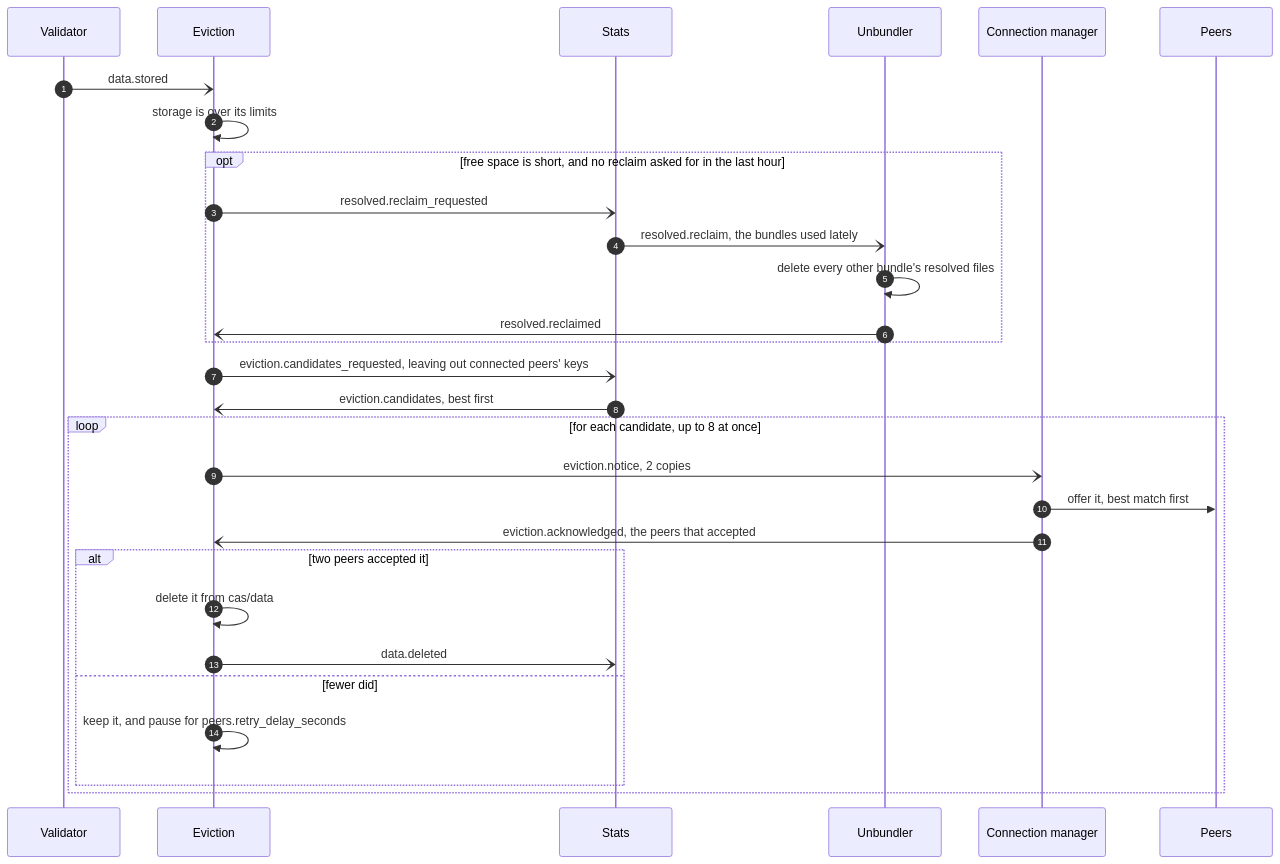
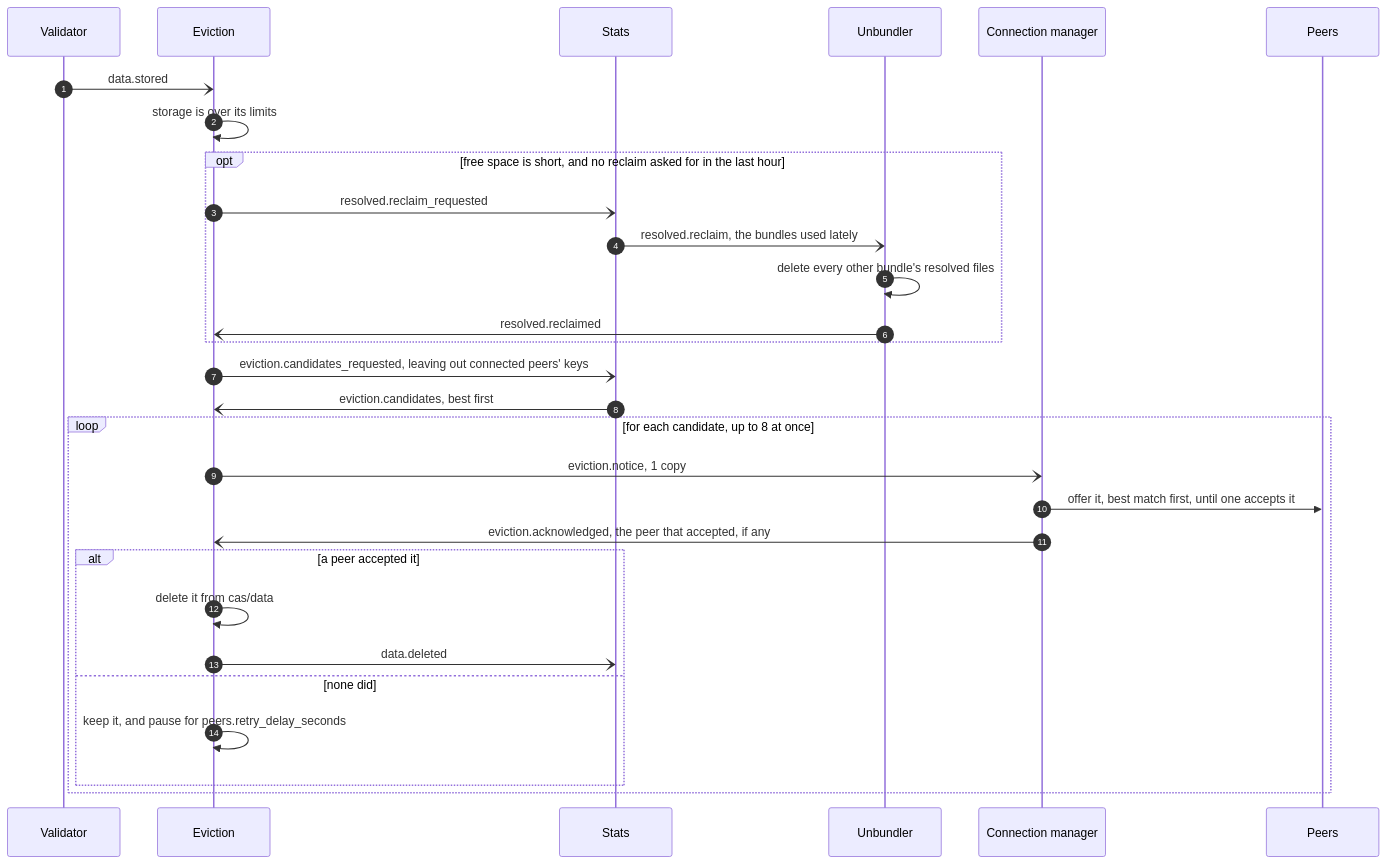
Diagram 11 of 12 in docs/implementation/Module System.md (marcpage/libranet), drawn with Mermaid before and after one commit. The commit also changed other lines of this file and 5 other files, not shown here.

Commit message:
Phase 2 Step 4 evict to only one other node (#152)

````diff
--- a/docs/implementation/Module System.md
+++ b/docs/implementation/Module System.md
@@ -909,32 +909,32 @@
 ```mermaid
 sequenceDiagram
     autonumber
     participant val as Validator
     participant evict as Eviction
     participant stats as Stats
     participant unb as Unbundler
     participant conn as Connection manager
     participant peers as Peers
 
     val-)evict: data.stored
     evict->>evict: storage is over its limits
     opt free space is short, and no reclaim asked for in the last hour
         evict-)stats: resolved.reclaim_requested
         stats-)unb: resolved.reclaim, the bundles used lately
         unb->>unb: delete every other bundle's resolved files
         unb-)evict: resolved.reclaimed
     end
     evict-)stats: eviction.candidates_requested, leaving out connected peers' keys
     stats-)evict: eviction.candidates, best first
     loop for each candidate, up to 8 at once
-        evict-)conn: eviction.notice, 2 copies
-        conn->>peers: offer it, best match first
-        conn-)evict: eviction.acknowledged, the peers that accepted
-        alt two peers accepted it
+        evict-)conn: eviction.notice, 1 copy
+        conn->>peers: offer it, best match first, until one accepts it
+        conn-)evict: eviction.acknowledged, the peer that accepted, if any
+        alt a peer accepted it
             evict->>evict: delete it from cas/data
             evict-)stats: data.deleted
-        else fewer did
+        else none did
             evict->>evict: keep it, and pause for peers.retry_delay_seconds
         end
     end
 ```
````
